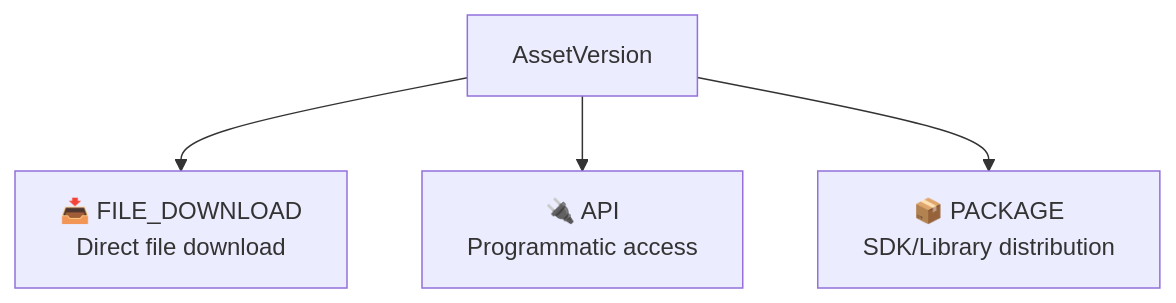
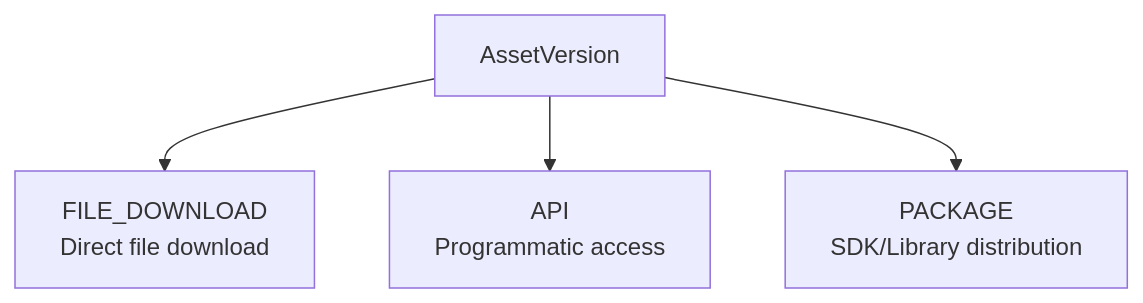
Before and after one commit to Itqan-community/cms-backend: the fifth of 8 diagrams in docs/ARCHITECTURE.md, drawn with Mermaid. The commit also changed other lines of this file and 10 other files, not shown here.

````diff
--- a/docs/ARCHITECTURE.md
+++ b/docs/ARCHITECTURE.md
@@ -238,8 +244,8 @@
 ```mermaid
 flowchart TB
     AV["AssetVersion"]
 
-    AV --> D1["📥 FILE_DOWNLOAD<br/>Direct file download"]
-    AV --> D2["🔌 API<br/>Programmatic access"]
-    AV --> D3["📦 PACKAGE<br/>SDK/Library distribution"]
+    AV --> D1["FILE_DOWNLOAD<br/>Direct file download"]
+    AV --> D2["API<br/>Programmatic access"]
+    AV --> D3["PACKAGE<br/>SDK/Library distribution"]
 ```
````
